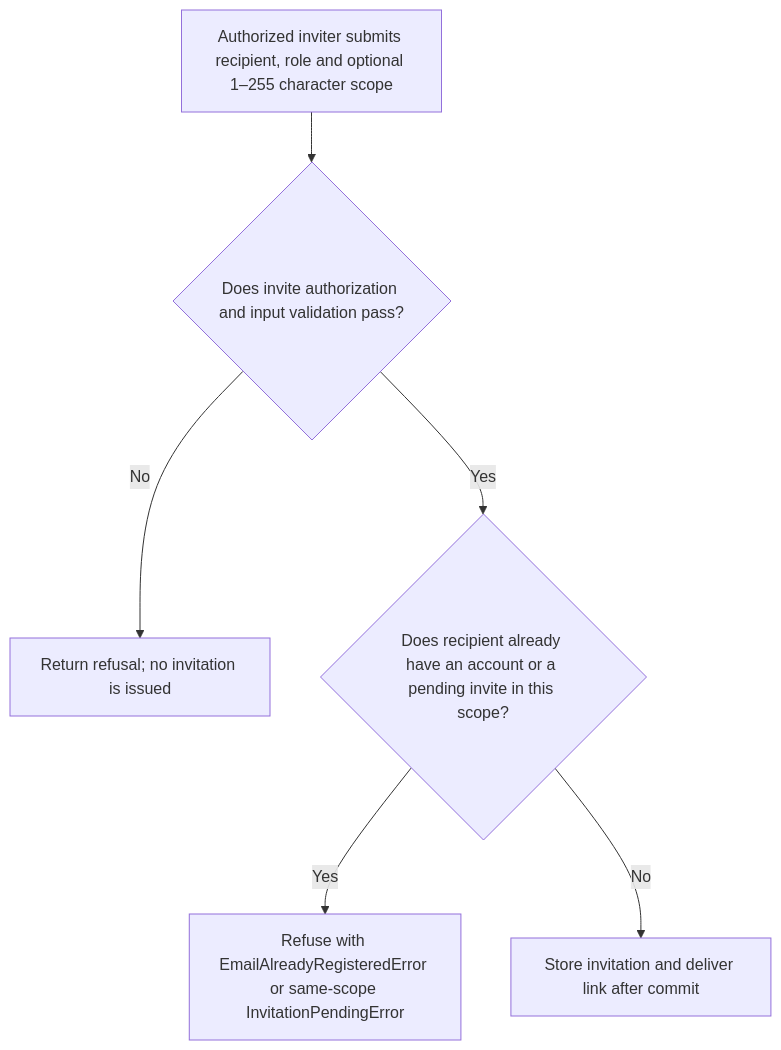
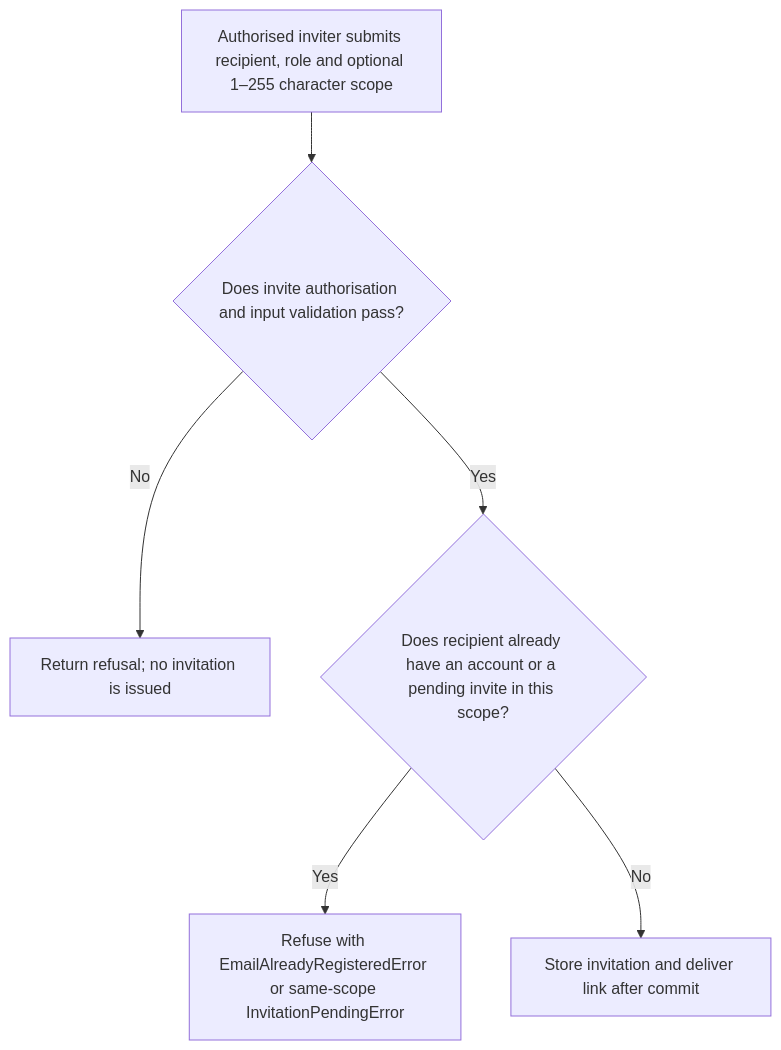
Before and after one commit to Kevinjohn/oss-adonisjs-account-kit: the first of 2 diagrams in user-stories/US-ACCOUNT-08-send-invitation.md, drawn with Mermaid. The commit also changed other lines of this file and 93 other files, not shown here.

````diff
--- a/user-stories/US-ACCOUNT-08-send-invitation.md
+++ b/user-stories/US-ACCOUNT-08-send-invitation.md
@@ -20,8 +20,8 @@
 ```mermaid
 flowchart TD
- A["Authorized inviter submits recipient, role and optional 1–255 character scope"] --> B{"Does invite authorization and input validation pass?"}
+ A["Authorised inviter submits recipient, role and optional 1–255 character scope"] --> B{"Does invite authorisation and input validation pass?"}
  B -->|No| C["Return refusal; no invitation is issued"]
  B -->|Yes| D{"Does recipient already have an account or a pending invite in this scope?"}
  D -->|Yes| E["Refuse with EmailAlreadyRegisteredError or same-scope InvitationPendingError"]
  D -->|No| F["Store invitation and deliver link after commit"]
 ```
````
